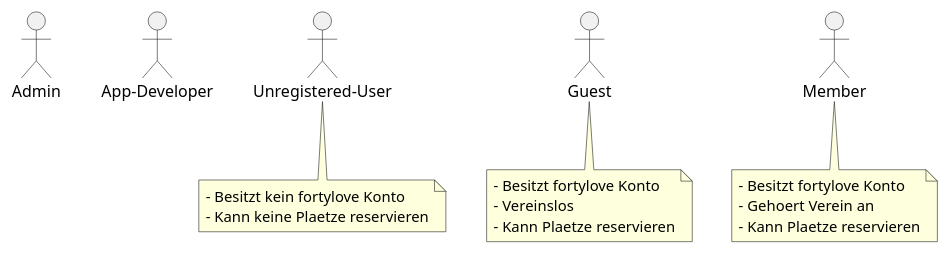
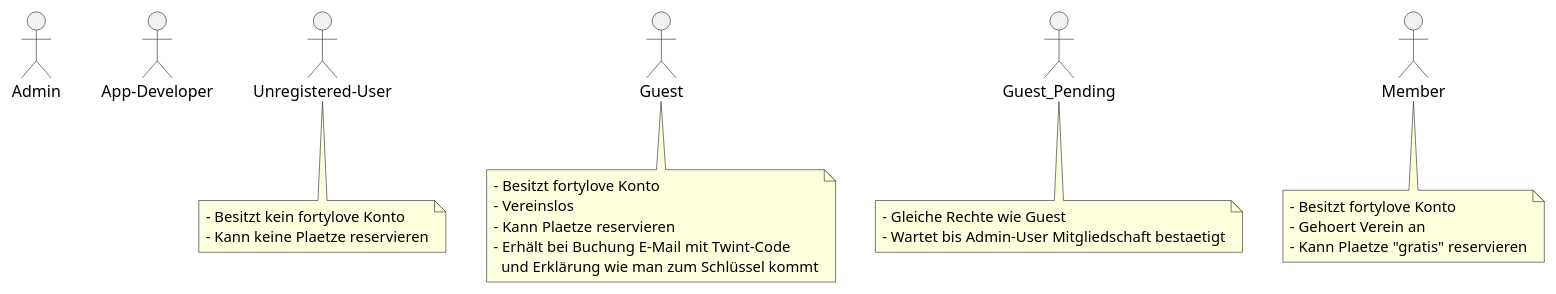
Before and after one commit to incrediblybadcoder/fortylove: the diagram in documents/design/usecases/Actors.puml, drawn with PlantUML. The commit also changed 2 other files, not shown here.

Commit message:
#243 - Sequence Diagram erstellt um zu visualisieren wie ein Gast User ein Mitglied wird

```diff
--- a/documents/design/usecases/Actors.puml
+++ b/documents/design/usecases/Actors.puml
@@ -1,10 +1,12 @@
 @startuml
 actor :Admin:
 actor :App-Developer:
 actor :Unregistered-User:
 note bottom: - Besitzt kein fortylove Konto\n- Kann keine Plaetze reservieren
 actor :Guest:
-note bottom: - Besitzt fortylove Konto\n- Vereinslos\n- Kann Plaetze reservieren
+note bottom: - Besitzt fortylove Konto\n- Vereinslos\n- Kann Plaetze reservieren\n- Erhält bei Buchung E-Mail mit Twint-Code\n  und Erklärung wie man zum Schlüssel kommt
+actor :Guest_Pending:
+note bottom: - Gleiche Rechte wie Guest\n- Wartet bis Admin-User Mitgliedschaft bestaetigt
 actor :Member:
-note bottom: - Besitzt fortylove Konto\n- Gehoert Verein an\n- Kann Plaetze reservieren
+note bottom: - Besitzt fortylove Konto\n- Gehoert Verein an\n- Kann Plaetze "gratis" reservieren
 @enduml
```
